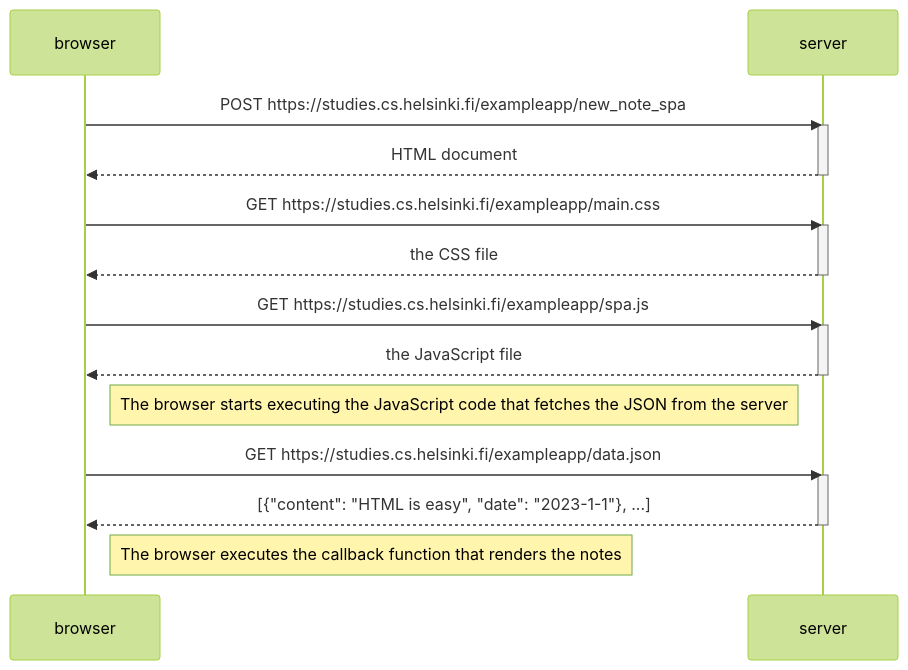
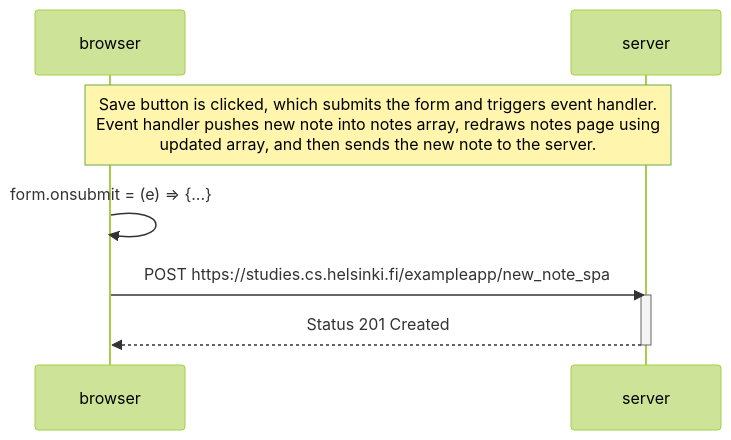
The fourth of 4 diagrams in README.md (gitairman/mermaid), drawn with Mermaid (forest theme) before and after one commit.

````diff
--- a/README.md
+++ b/README.md
@@ -80,23 +80,12 @@
 ```mermaid
 sequenceDiagram
     participant browser
     participant server
+    Note over browser, server: Save button is clicked, which submits the form and triggers event handler.<br/>Event handler pushes new note into notes array, redraws notes page using<br/>updated array, and then sends the new note to the server.
+    browser->>browser: form.onsubmit = (e) => {...}
     browser->>server: POST https://studies.cs.helsinki.fi/exampleapp/new_note_spa
     activate server
-    server-->>browser: HTML document
+    server-->>browser: Status 201 Created
     deactivate server
-    browser->>server: GET https://studies.cs.helsinki.fi/exampleapp/main.css
     activate server
-    server-->>browser: the CSS file
-    deactivate server
-    browser->>server: GET https://studies.cs.helsinki.fi/exampleapp/spa.js
-    activate server
-    server-->>browser: the JavaScript file
-    deactivate server
-    Note right of browser: The browser starts executing the JavaScript code that fetches the JSON from the server
-    browser->>server: GET https://studies.cs.helsinki.fi/exampleapp/data.json
-    activate server
-    server-->>browser: [{"content": "HTML is easy", "date": "2023-1-1"}, ...]
-    deactivate server
-    Note right of browser: The browser executes the callback function that renders the notes
 ```
````
